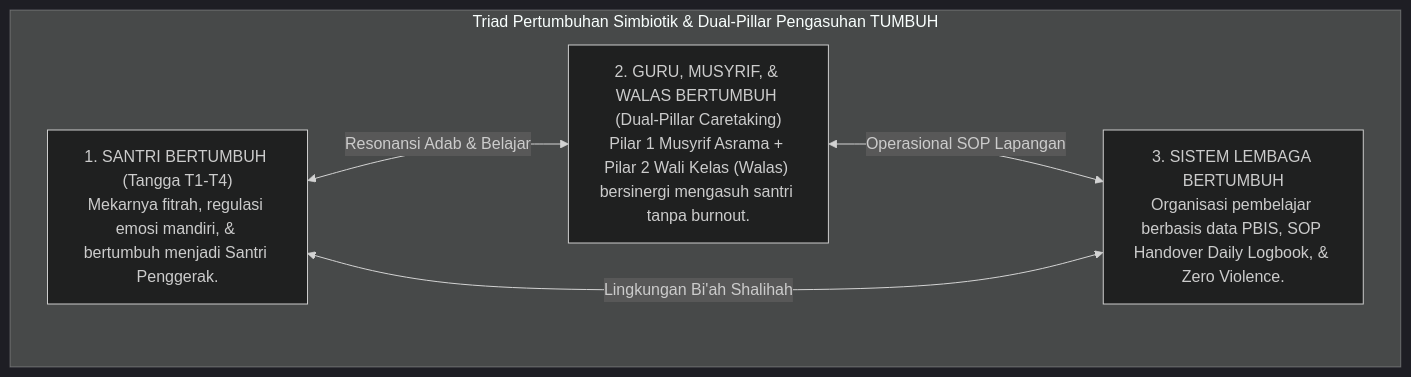
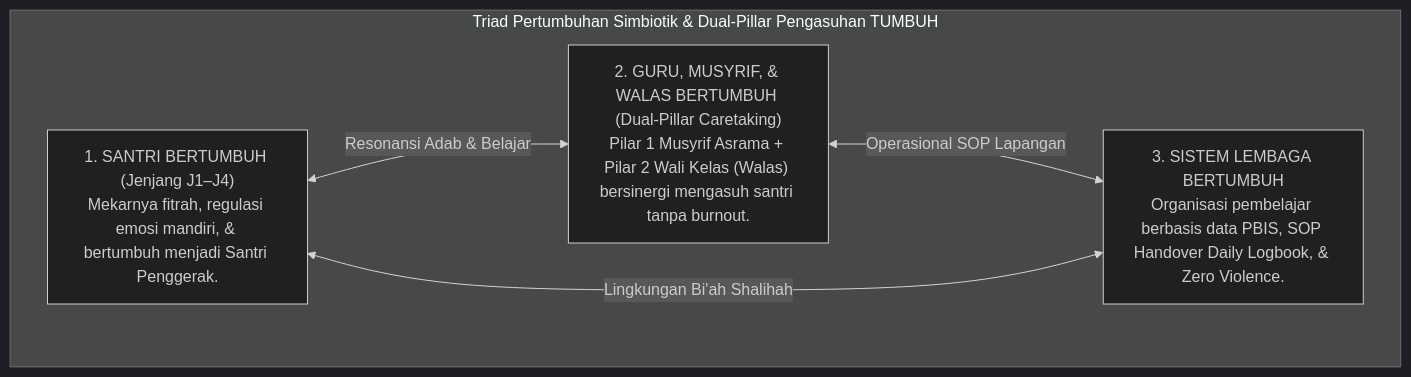
Before and after one commit to wandiapriliyandi/tumbuh: the third of 3 diagrams in 01 Philosophy/Jurnal-Monograf-Riset-Filosofi-TUMBUH.md, drawn with Mermaid (dark theme). The commit also changed other lines of this file and 209 other files, not shown here.

````diff
--- a/01 Philosophy/Jurnal-Monograf-Riset-Filosofi-TUMBUH.md
+++ b/01 Philosophy/Jurnal-Monograf-Riset-Filosofi-TUMBUH.md
@@ -77,12 +77,12 @@
 ```mermaid
 graph TD
     subgraph Model_Triad_Simbiotik["Triad Pertumbuhan Simbiotik & Dual-Pillar Pengasuhan TUMBUH"]
-        Santri["1. SANTRI BERTUMBUH (Tangga T1-T4)<br/>Mekarnya fitrah, regulasi emosi mandiri, & bertumbuh menjadi Santri Penggerak."]
+        Santri["1. SANTRI BERTUMBUH (Jenjang J1–J4)<br/>Mekarnya fitrah, regulasi emosi mandiri, & bertumbuh menjadi Santri Penggerak."]
         Guru["2. GURU, MUSYRIF, & WALAS BERTUMBUH (Dual-Pillar Caretaking)<br/>Pilar 1 Musyrif Asrama + Pilar 2 Wali Kelas (Walas) bersinergi mengasuh santri tanpa burnout."]
         Sistem["3. SISTEM LEMBAGA BERTUMBUH<br/>Organisasi pembelajar berbasis data PBIS, SOP Handover Daily Logbook, & Zero Violence."]
     end
 
     Santri <--> |Resonansi Adab & Belajar| Guru
     Guru <--> |Operasional SOP Lapangan| Sistem
     Sistem <--> |Lingkungan Bi'ah Shalihah| Santri
 ```
````
